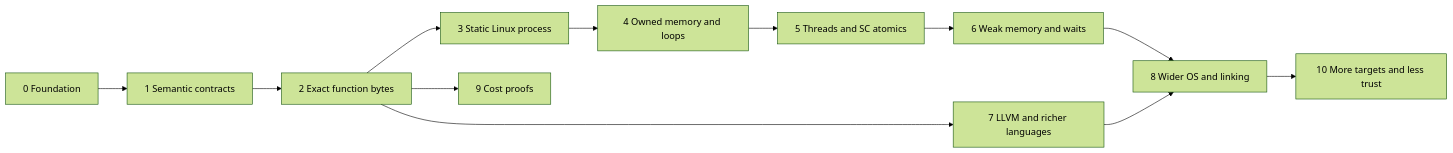
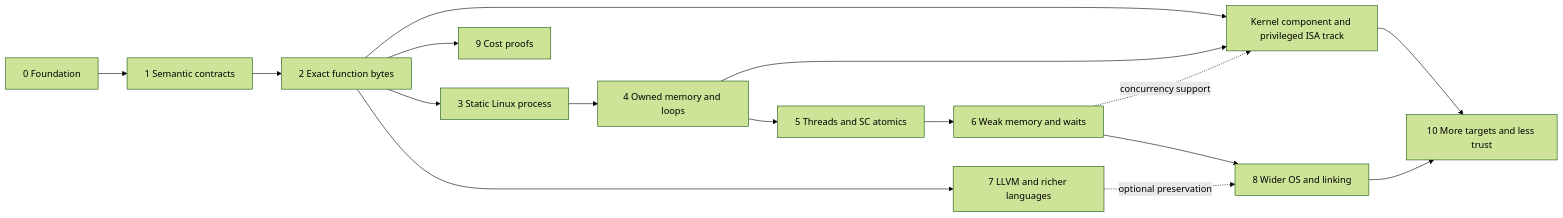
The diagram in docs/roadmap.md (Irvinwop/eDSL), drawn with Mermaid (forest theme) before and after one commit. The commit also changed other lines of this file and 14 other files, not shown here.

````diff
--- a/docs/roadmap.md
+++ b/docs/roadmap.md
@@ -21,14 +23,18 @@
 ```mermaid
 flowchart LR
     M0[0 Foundation] --> M1[1 Semantic contracts]
     M1 --> M2[2 Exact function bytes]
     M2 --> M3[3 Static Linux process]
     M3 --> M4[4 Owned memory and loops]
     M4 --> M5[5 Threads and SC atomics]
     M5 --> M6[6 Weak memory and waits]
     M2 --> M7[7 LLVM and richer languages]
     M2 --> M9[9 Cost proofs]
     M6 --> M8[8 Wider OS and linking]
-    M7 --> M8
-    M8 --> M10[10 More targets and less trust]
+    M7 -. optional preservation .-> M8
+    M2 --> K[Kernel component and privileged ISA track]
+    M4 --> K
+    M6 -. concurrency support .-> K
+    K --> M10[10 More targets and less trust]
+    M8 --> M10
 ```
````
